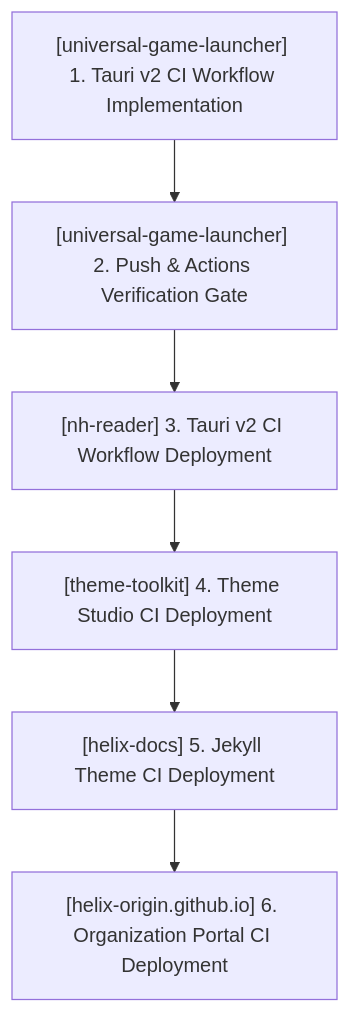
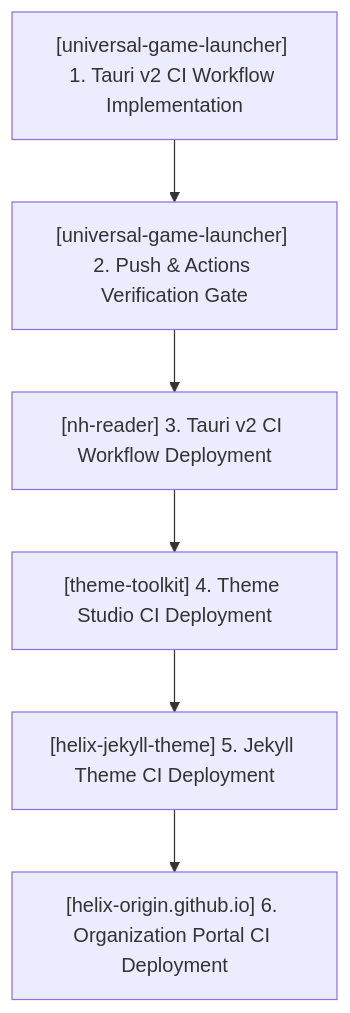
One commit to HELIX-Origin/agents changed the second of 2 diagrams in TODO.md. Above: the diagram before and after it, drawn with Mermaid. The commit also changed other lines of this file and 9 other files, not shown here.

````diff
--- a/TODO.md
+++ b/TODO.md
@@ -115,8 +121,8 @@
 ```mermaid
 flowchart TD
     W51_1["[universal-game-launcher] 1. Tauri v2 CI Workflow Implementation"] --> W51_2["[universal-game-launcher] 2. Push & Actions Verification Gate"]
     W51_2 --> W51_3["[nh-reader] 3. Tauri v2 CI Workflow Deployment"]
     W51_3 --> W51_4["[theme-toolkit] 4. Theme Studio CI Deployment"]
-    W51_4 --> W51_5["[helix-docs] 5. Jekyll Theme CI Deployment"]
+    W51_4 --> W51_5["[helix-jekyll-theme] 5. Jekyll Theme CI Deployment"]
     W51_5 --> W51_6["[helix-origin.github.io] 6. Organization Portal CI Deployment"]
 ```
````
